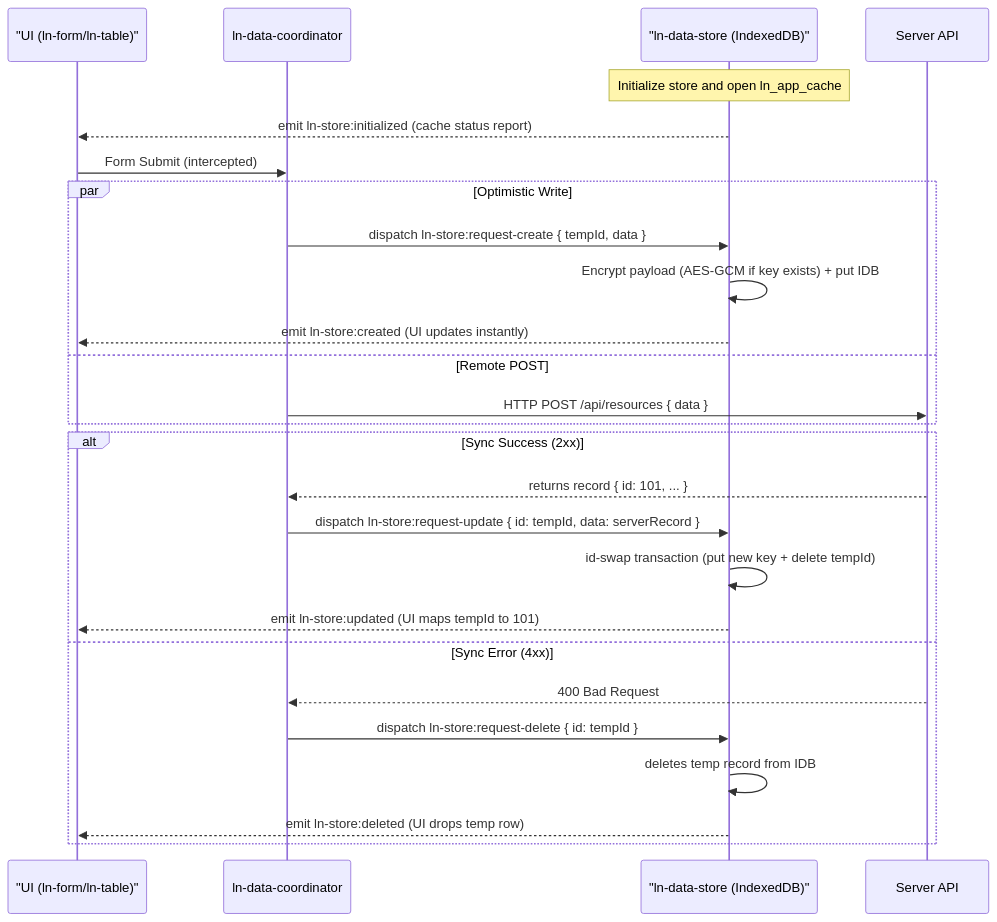
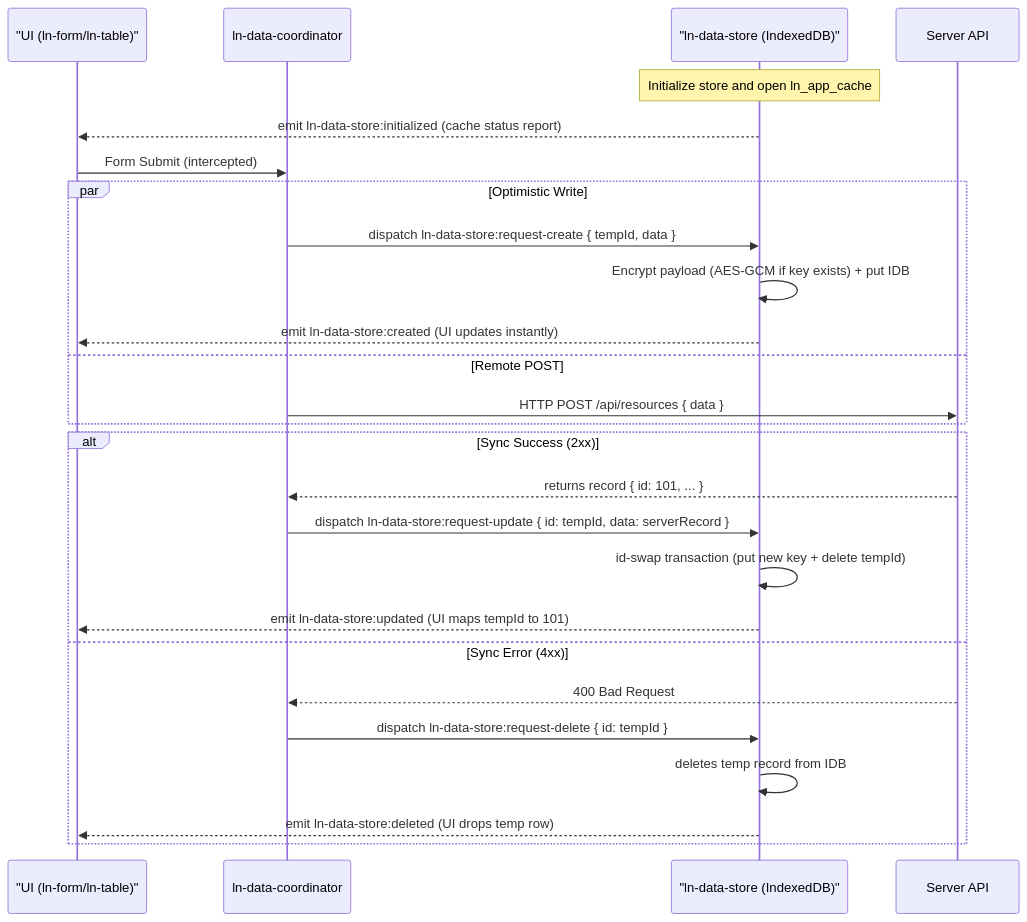
Before and after one commit to livenetworks/ln-ashlar: the diagram in docs-mcp/components/ln-data-store.md, drawn with Mermaid. The commit also changed other lines of this file and 58 other files, not shown here.

Commit message:
refactor(data-store): rename events to ln-data-store:* across components, demo, and docs

````diff
--- a/docs-mcp/components/ln-data-store.md
+++ b/docs-mcp/components/ln-data-store.md
@@ -163,31 +163,31 @@
 ```mermaid
 sequenceDiagram
     participant UI as "UI (ln-form/ln-table)"
     participant Coord as ln-data-coordinator
     participant Store as "ln-data-store (IndexedDB)"
     participant Server as Server API
 
     Note over Store: Initialize store and open ln_app_cache
-    Store-->>UI: emit ln-store:initialized (cache status report)
+    Store-->>UI: emit ln-data-store:initialized (cache status report)
 
     UI->>Coord: Form Submit (intercepted)
     par Optimistic Write
-        Coord->>Store: dispatch ln-store:request-create { tempId, data }
+        Coord->>Store: dispatch ln-data-store:request-create { tempId, data }
         Store->>Store: Encrypt payload (AES-GCM if key exists) + put IDB
-        Store-->>UI: emit ln-store:created (UI updates instantly)
+        Store-->>UI: emit ln-data-store:created (UI updates instantly)
     and Remote POST
         Coord->>Server: HTTP POST /api/resources { data }
     end
 
     alt Sync Success (2xx)
         Server-->>Coord: returns record { id: 101, ... }
-        Coord->>Store: dispatch ln-store:request-update { id: tempId, data: serverRecord }
+        Coord->>Store: dispatch ln-data-store:request-update { id: tempId, data: serverRecord }
         Store->>Store: id-swap transaction (put new key + delete tempId)
-        Store-->>UI: emit ln-store:updated (UI maps tempId to 101)
+        Store-->>UI: emit ln-data-store:updated (UI maps tempId to 101)
     else Sync Error (4xx)
         Server-->>Coord: 400 Bad Request
-        Coord->>Store: dispatch ln-store:request-delete { id: tempId }
+        Coord->>Store: dispatch ln-data-store:request-delete { id: tempId }
         Store->>Store: deletes temp record from IDB
-        Store-->>UI: emit ln-store:deleted (UI drops temp row)
+        Store-->>UI: emit ln-data-store:deleted (UI drops temp row)
     end
 ```
````
